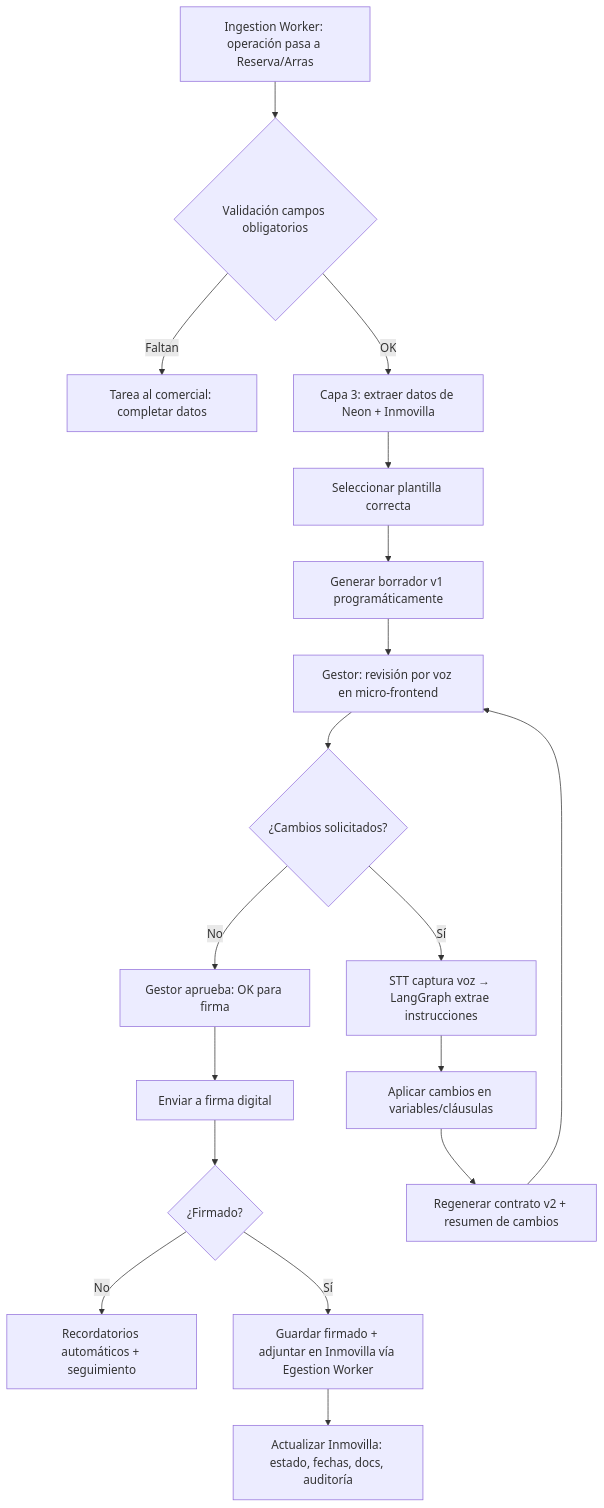
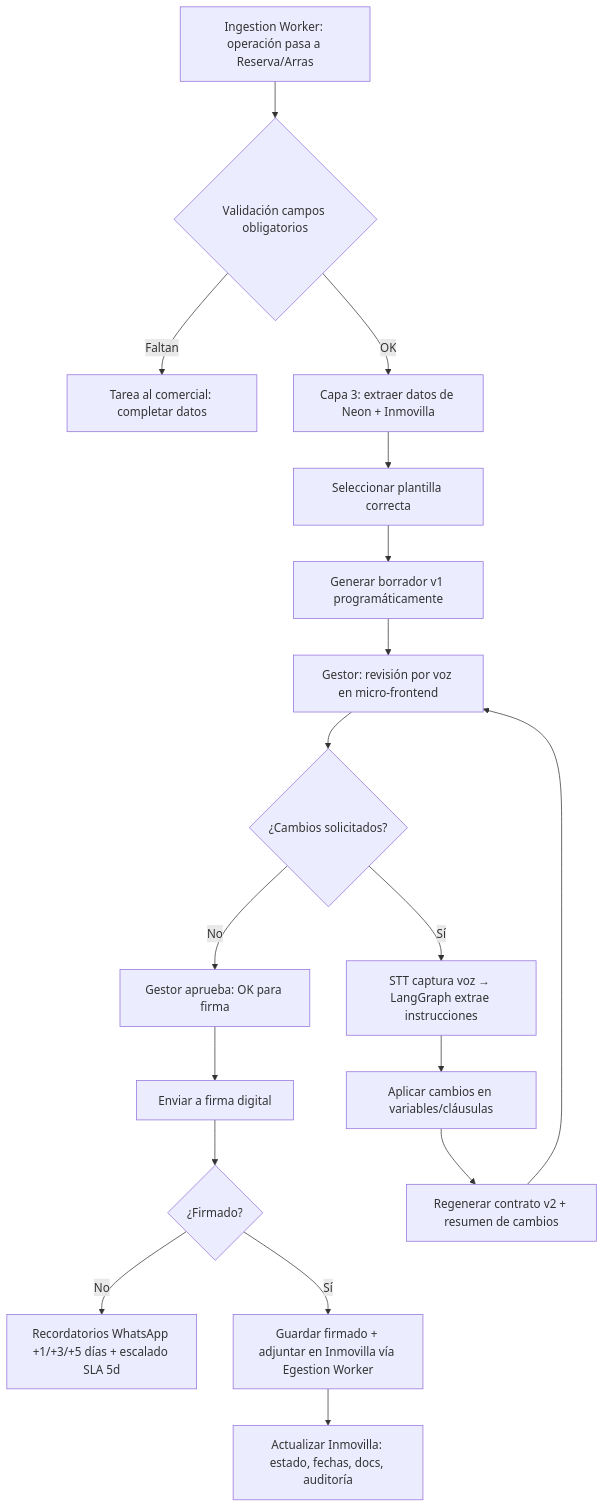
The third of 3 diagrams in docs/arquitecture.md (masterly14/urus), drawn with Mermaid before and after one commit. The commit also changed other lines of this file and 2 other files, not shown here.

````diff
--- a/docs/arquitecture.md
+++ b/docs/arquitecture.md
@@ -736,21 +736,21 @@
 ```mermaid
 flowchart TD
     A[Ingestion Worker: operación pasa a Reserva/Arras] --> B{Validación campos obligatorios}
     B -->|Faltan| C[Tarea al comercial: completar datos]
     B -->|OK| D[Capa 3: extraer datos de Neon + Inmovilla]
     D --> E[Seleccionar plantilla correcta]
     E --> F[Generar borrador v1 programáticamente]
     F --> G[Gestor: revisión por voz en micro-frontend]
     G --> H{¿Cambios solicitados?}
     H -->|No| I[Gestor aprueba: OK para firma]
     H -->|Sí| J[STT captura voz → LangGraph extrae instrucciones]
     J --> K[Aplicar cambios en variables/cláusulas]
     K --> L[Regenerar contrato v2 + resumen de cambios]
     L --> G
 
     I --> M[Enviar a firma digital]
     M --> N{¿Firmado?}
-    N -->|No| O[Recordatorios automáticos + seguimiento]
+    N -->|No| O[Recordatorios WhatsApp +1/+3/+5 días + escalado SLA 5d]
     N -->|Sí| P[Guardar firmado + adjuntar en Inmovilla vía Egestion Worker]
     P --> Q[Actualizar Inmovilla: estado, fechas, docs, auditoría]
 ```
````
